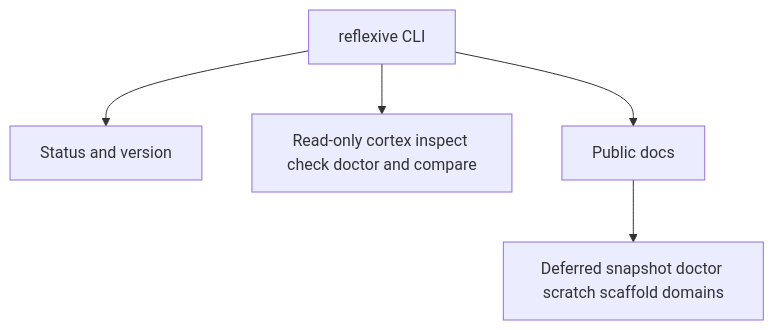
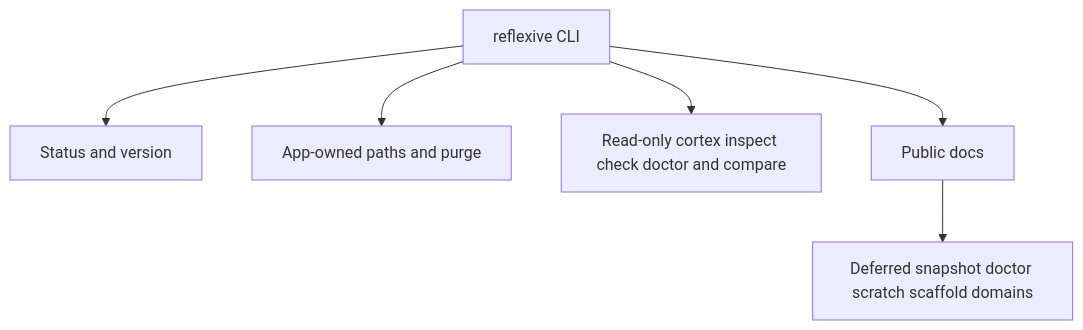
One commit to rohankhanna/reflexive changed the diagram in docs/architecture.mmd. Above: the diagram before and after it, drawn with Mermaid. The commit also changed 6 other files, not shown here.

Commit message:
feat: add public app paths and purge commands

```diff
--- a/docs/architecture.mmd
+++ b/docs/architecture.mmd
@@ -1,5 +1,6 @@
 flowchart TD
     CLI[reflexive CLI] --> STATUS[Status and version]
+    CLI --> PATHS[App-owned paths and purge]
     CLI --> INSPECT[Read-only cortex inspect check doctor and compare]
     CLI --> DOCS[Public docs]
     DOCS --> FUTURE[Deferred snapshot doctor scratch scaffold domains]
```
